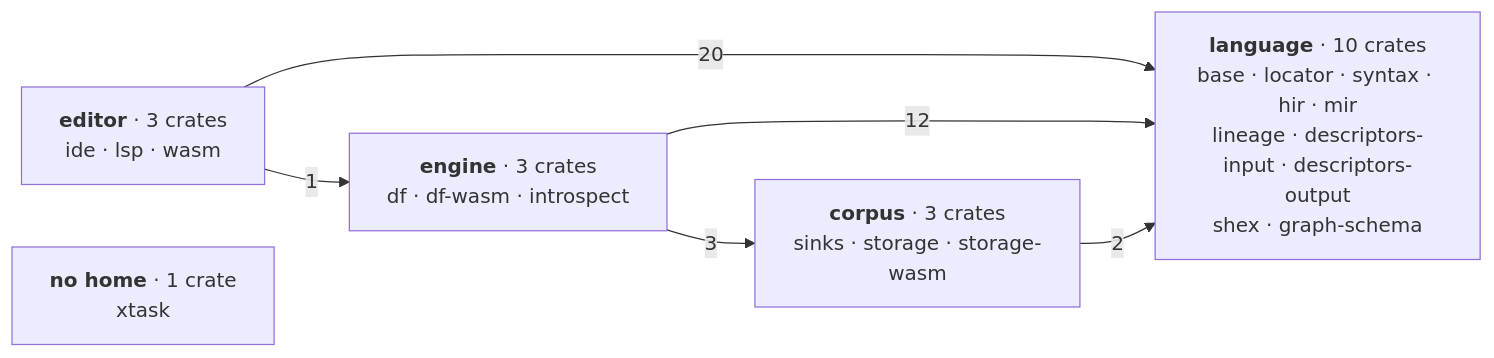
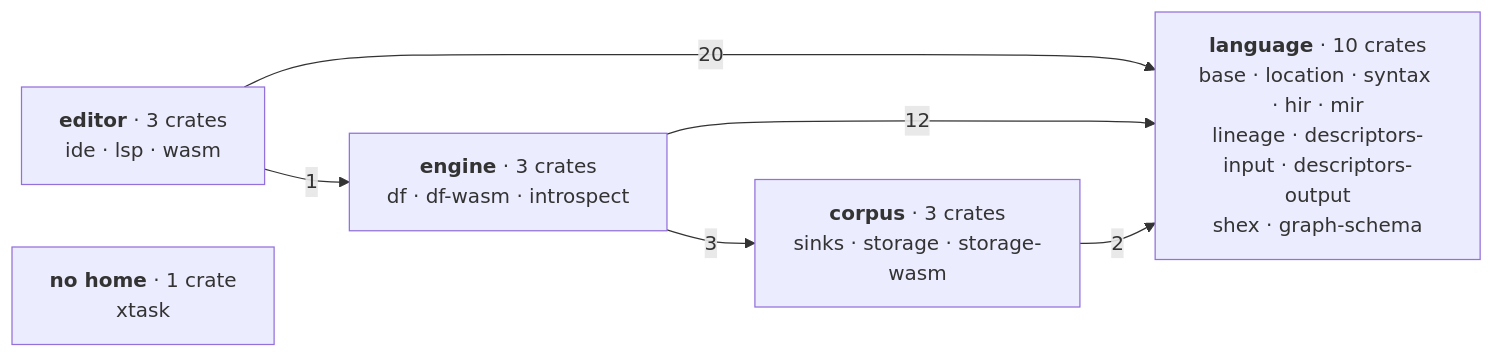
The first of 3 diagrams in docs/content/docs/(root)/architecture.mdx (Kanzo-Tech/fossil-lang), drawn with Mermaid before and after one commit. The commit also changed other lines of this file and 167 other files, not shown here.

````diff
--- a/docs/content/docs/(root)/architecture.mdx
+++ b/docs/content/docs/(root)/architecture.mdx
@@ -92,14 +92,14 @@
 ```mermaid
 graph LR
-  L["<b>language</b> · 10 crates<br/>base · locator · syntax · hir · mir<br/>lineage · descriptors-input · descriptors-output<br/>shex · graph-schema"]
+  L["<b>language</b> · 10 crates<br/>base · location · syntax · hir · mir<br/>lineage · descriptors-input · descriptors-output<br/>shex · graph-schema"]
   E["<b>editor</b> · 3 crates<br/>ide · lsp · wasm"]
   M["<b>engine</b> · 3 crates<br/>df · df-wasm · introspect"]
   C["<b>corpus</b> · 3 crates<br/>sinks · storage · storage-wasm"]
   X["<b>no home</b> · 1 crate<br/>xtask"]
 
   E -->|20| L
   E -->|1| M
   M -->|12| L
   M -->|3| C
   C -->|2| L
 ```
````
